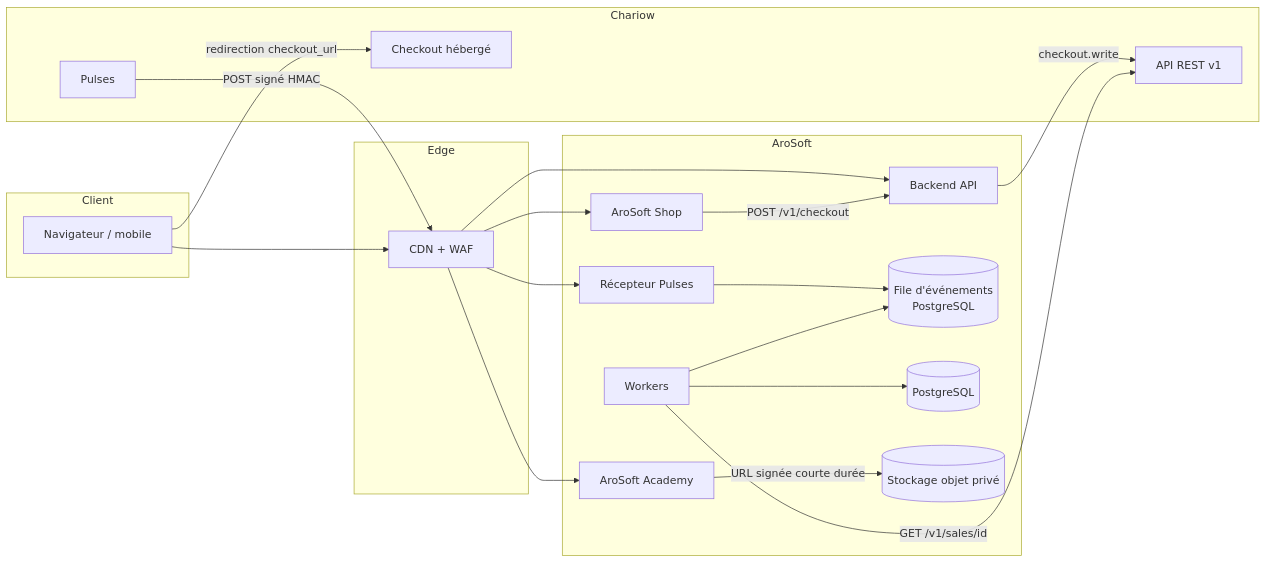
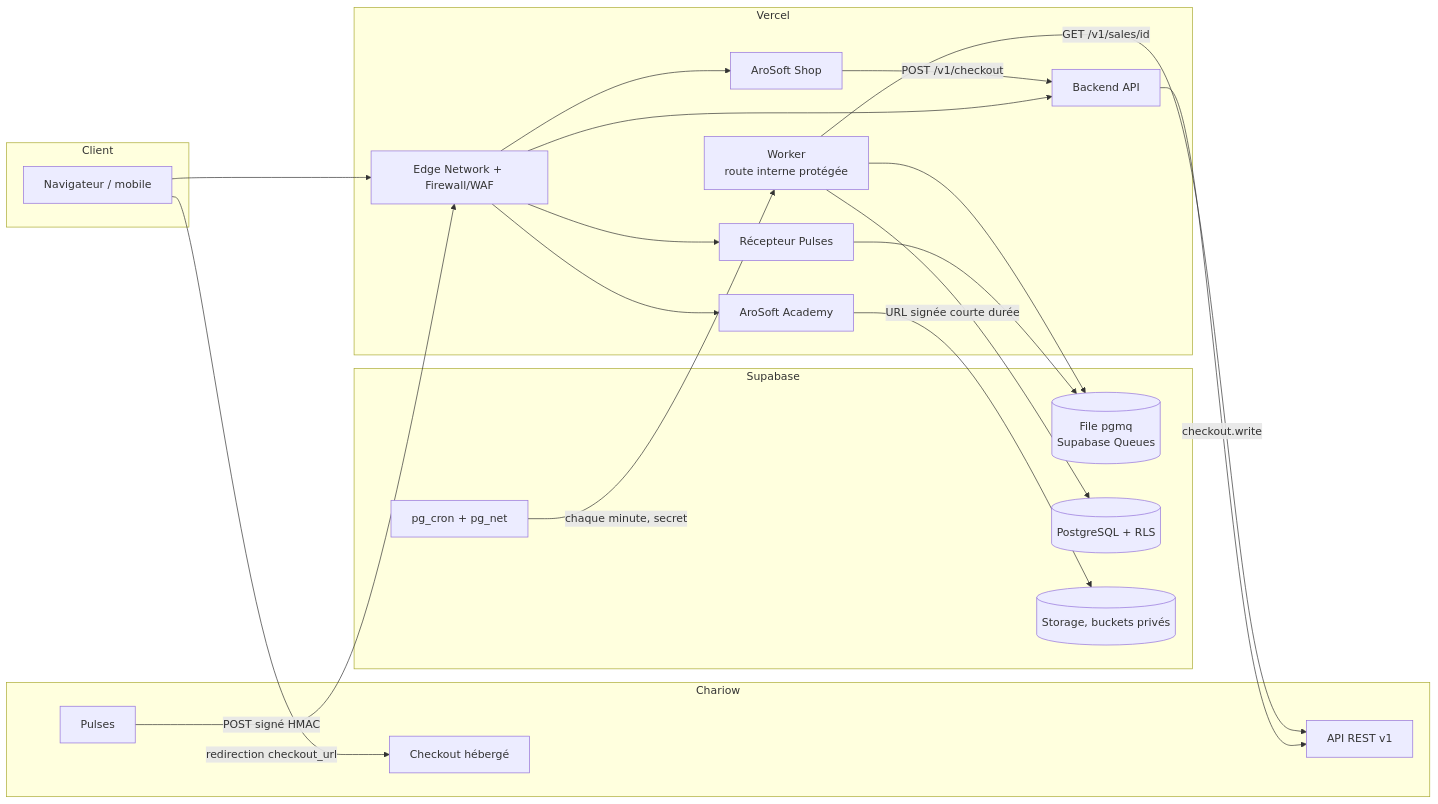
One commit to arosoftciv/arosoft.shop changed the first of 3 diagrams in docs/ARCHITECTURE.md. Above: the diagram before and after it, drawn with Mermaid. The commit also changed other lines of this file and 1 other file, not shown here.

First line of the commit message:
docs: intégrer les décisions de cadrage (Vercel + Supabase, checkout API, alertes)

````diff
--- a/docs/ARCHITECTURE.md
+++ b/docs/ARCHITECTURE.md
@@ -47,33 +61,35 @@
 ```mermaid
 flowchart LR
   subgraph Client
     B[Navigateur / mobile]
   end
-  subgraph Edge
-    CDN[CDN + WAF]
-  end
-  subgraph AroSoft
+  subgraph Vercel
+    CDN[Edge Network + Firewall/WAF]
     SHOP[AroSoft Shop]
     ACAD[AroSoft Academy]
     API[Backend API]
     WH[Récepteur Pulses]
-    Q[(File d'événements<br/>PostgreSQL)]
-    W[Workers]
-    DB[(PostgreSQL)]
-    OBJ[(Stockage objet privé)]
+    W[Worker<br/>route interne protégée]
   end
+  subgraph Supabase
+    Q[(File pgmq<br/>Supabase Queues)]
+    DB[(PostgreSQL + RLS)]
+    OBJ[(Storage, buckets privés)]
+    CRON[pg_cron + pg_net]
+  end
+  CRON -->|chaque minute, secret| W
   subgraph Chariow
     CAPI[API REST v1]
     CK[Checkout hébergé]
     PUL[Pulses]
   end
 
   B --> CDN --> SHOP & ACAD & API
   SHOP -->|POST /v1/checkout| API -->|checkout.write| CAPI
   B -->|redirection checkout_url| CK
   PUL -->|POST signé HMAC| CDN --> WH --> Q
   W --> Q
   W -->|GET /v1/sales/id| CAPI
   W --> DB
   ACAD -->|URL signée courte durée| OBJ
 ```
````
